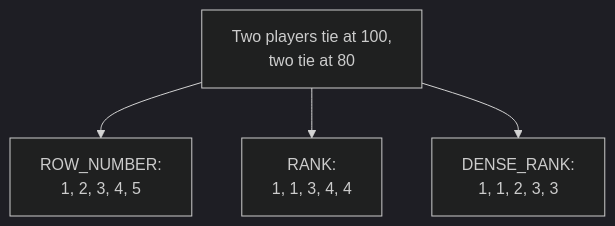
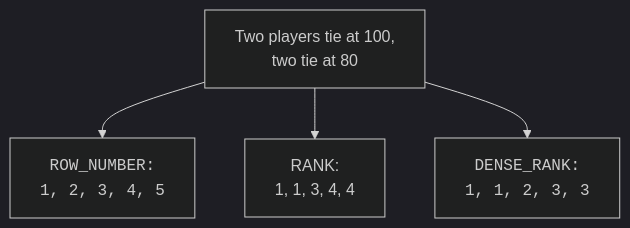
One commit to dataslope/dataslope changed the second of 2 diagrams in content/learn/sql-analytics-duckdb/ranking-and-row-number.mdx. Above: the diagram before and after it, drawn with Mermaid (dark theme). The commit also changed 153 other files, not shown here.

First line of the commit message:
Render code-only mermaid shapes in monospace; convert step sequences to Steps

````diff
--- a/content/learn/sql-analytics-duckdb/ranking-and-row-number.mdx
+++ b/content/learn/sql-analytics-duckdb/ranking-and-row-number.mdx
@@ -187,6 +187,6 @@
 ```mermaid
 flowchart TB
-    T["Two players tie at 100,<br/>two tie at 80"] --> RN["ROW_NUMBER:<br/>1, 2, 3, 4, 5"]
+    T["Two players tie at 100,<br/>two tie at 80"] --> RN["<code>ROW_NUMBER:<br/>1, 2, 3, 4, 5</code>"]
     T --> R["RANK:<br/>1, 1, 3, 4, 4"]
-    T --> D["DENSE_RANK:<br/>1, 1, 2, 3, 3"]
+    T --> D["<code>DENSE_RANK:<br/>1, 1, 2, 3, 3</code>"]
 ```
````
